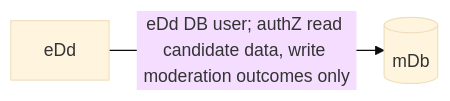
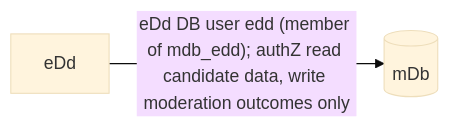
Before and after one commit to freeCodeCamp/exam-platform: the fifth of 6 diagrams in docs/auth.md, drawn with Mermaid (base theme). The commit also changed other lines of this file and 31 other files, not shown here.

````diff
--- a/docs/auth.md
+++ b/docs/auth.md
@@ -35,4 +35,4 @@
 ```mermaid
 graph LR
-  eDd["eDd"] -->|"eDd DB user; authZ read candidate data, write moderation outcomes only"| mDb[("mDb")]
+  eDd["eDd"] -->|"eDd DB user edd (member of mdb_edd); authZ read candidate data, write moderation outcomes only"| mDb[("mDb")]
 ```
````
